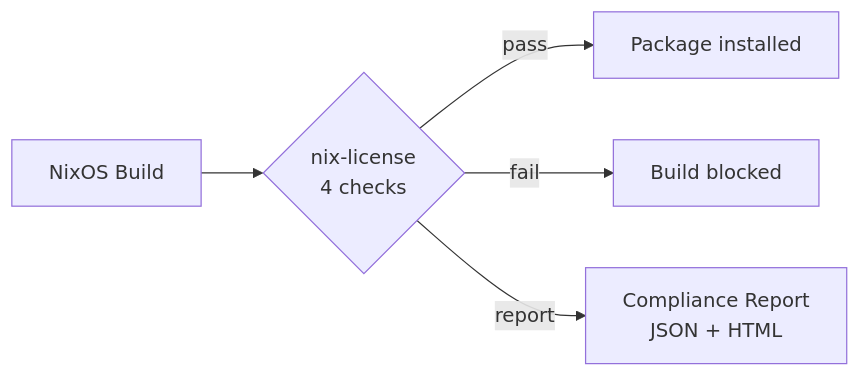
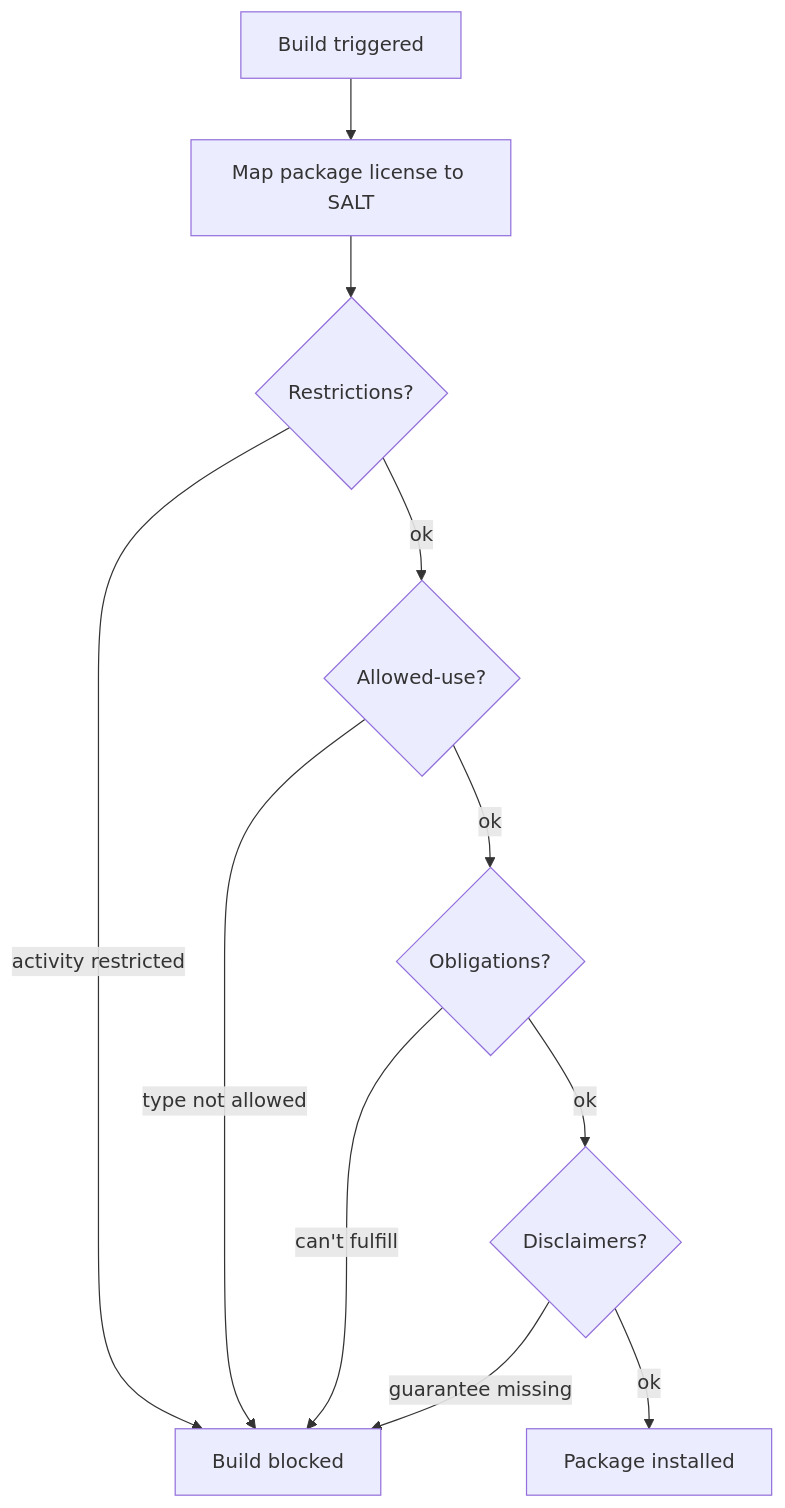
Before and after one commit to i-am-logger/nix-license: the second of 2 diagrams in docs/OPENCHAIN.md, drawn with Mermaid. The commit also changed other lines of this file, not shown here.

````diff
--- a/docs/OPENCHAIN.md
+++ b/docs/OPENCHAIN.md
@@ -32,7 +101,13 @@
 ```mermaid
-graph LR
-    BUILD[NixOS Build] --> CHECK{nix-license<br/>4 checks}
-    CHECK -->|pass| INSTALL[Package installed]
-    CHECK -->|fail| BLOCK[Build blocked]
-    CHECK -->|report| BOM[Compliance Report<br/>JSON + HTML]
+graph TD
+    B[Build triggered] --> M[Map package license to SALT]
+    M --> R{Restrictions?}
+    R -->|activity restricted| BLOCK[Build blocked]
+    R -->|ok| AU{Allowed-use?}
+    AU -->|type not allowed| BLOCK
+    AU -->|ok| O{Obligations?}
+    O -->|can't fulfill| BLOCK
+    O -->|ok| D{Disclaimers?}
+    D -->|guarantee missing| BLOCK
+    D -->|ok| PASS[Package installed]
 ```
````
